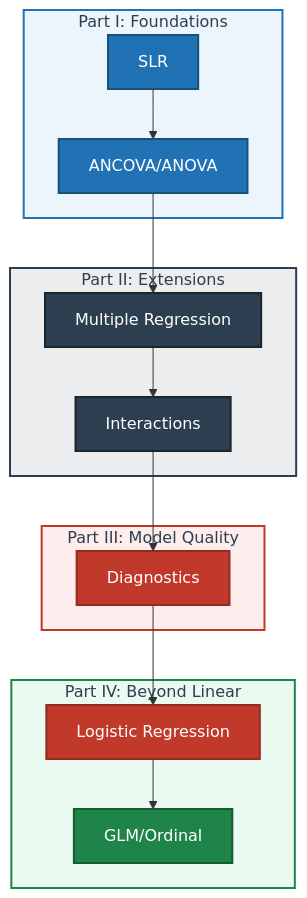
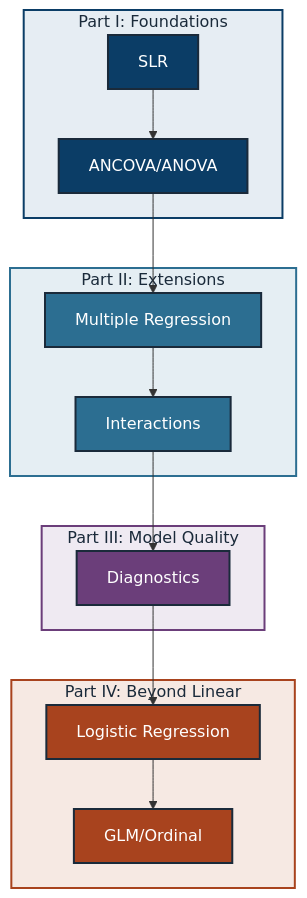
The diagram in website/index.qmd (joonho112/jlee-regression-course), drawn with Mermaid before and after one commit. The commit also changed 1 other file, not shown here.

Commit message:
Step 1.3: apply Cividis palette through rules (mermaid, callouts, contrast fixes)
Recolor the index.qmd mermaid 'Learning Arc' to Cividis (navy/slate/plum/rust node groups, light subgraph tints, ink strokes). Update callout rgba tints to the new token colors and fix .callout-important border (was $secondary, now neutral gray -> $danger rust). Contrast fixes from the Step 1.2 audit: sidebar active slate-on-dark (2.6:1) -> gold (6:1); link-hover gold-on-paper (2.3:1) -> navy darken (10.7:1).

````diff
--- a/website/index.qmd
+++ b/website/index.qmd
@@ -50,34 +50,34 @@
 ```{mermaid}
 %%| fig-width: 9
 %%| fig-alt: "Course learning arc diagram showing four parts: Part I Foundations (SLR, ANCOVA/ANOVA), Part II Extensions (Multiple Regression, Interactions), Part III Model Quality (Diagnostics), Part IV Beyond Linear (Logistic Regression, GLM/Ordinal). Arrows show the progressive flow from simple to complex models."
 flowchart TD
     subgraph P1["Part I: Foundations"]
         A["SLR"] --> B["ANCOVA/ANOVA"]
     end
     subgraph P2["Part II: Extensions"]
         C["Multiple Regression"] --> D["Interactions"]
     end
     subgraph P3["Part III: Model Quality"]
         E["Diagnostics"]
     end
     subgraph P4["Part IV: Beyond Linear"]
         F["Logistic Regression"] --> G["GLM/Ordinal"]
     end
 
     B --> C
     D --> E
     E --> F
 
-    style A fill:#2171B5,color:#fff,stroke:#1A5276,stroke-width:2px
-    style B fill:#2171B5,color:#fff,stroke:#1A5276,stroke-width:2px
-    style C fill:#2C3E50,color:#fff,stroke:#1A252F,stroke-width:2px
-    style D fill:#2C3E50,color:#fff,stroke:#1A252F,stroke-width:2px
-    style E fill:#C0392B,color:#fff,stroke:#922B21,stroke-width:2px
-    style F fill:#C0392B,color:#fff,stroke:#922B21,stroke-width:2px
-    style G fill:#1E8449,color:#fff,stroke:#145A32,stroke-width:2px
+    style A fill:#0B3D66,color:#fff,stroke:#1A2A3A,stroke-width:2px
+    style B fill:#0B3D66,color:#fff,stroke:#1A2A3A,stroke-width:2px
+    style C fill:#2C6E91,color:#fff,stroke:#1A2A3A,stroke-width:2px
+    style D fill:#2C6E91,color:#fff,stroke:#1A2A3A,stroke-width:2px
+    style E fill:#6B3E7A,color:#fff,stroke:#1A2A3A,stroke-width:2px
+    style F fill:#A8431E,color:#fff,stroke:#1A2A3A,stroke-width:2px
+    style G fill:#A8431E,color:#fff,stroke:#1A2A3A,stroke-width:2px
 
-    style P1 fill:#EBF5FB,stroke:#2171B5,stroke-width:2px,color:#2C3E50
-    style P2 fill:#EBEDEF,stroke:#2C3E50,stroke-width:2px,color:#2C3E50
-    style P3 fill:#FDEDEC,stroke:#C0392B,stroke-width:2px,color:#2C3E50
-    style P4 fill:#EAFAF1,stroke:#1E8449,stroke-width:2px,color:#2C3E50
+    style P1 fill:#E6EDF3,stroke:#0B3D66,stroke-width:2px,color:#1A2A3A
+    style P2 fill:#E5EEF3,stroke:#2C6E91,stroke-width:2px,color:#1A2A3A
+    style P3 fill:#EFEAF2,stroke:#6B3E7A,stroke-width:2px,color:#1A2A3A
+    style P4 fill:#F6E9E3,stroke:#A8431E,stroke-width:2px,color:#1A2A3A
 ```
````
